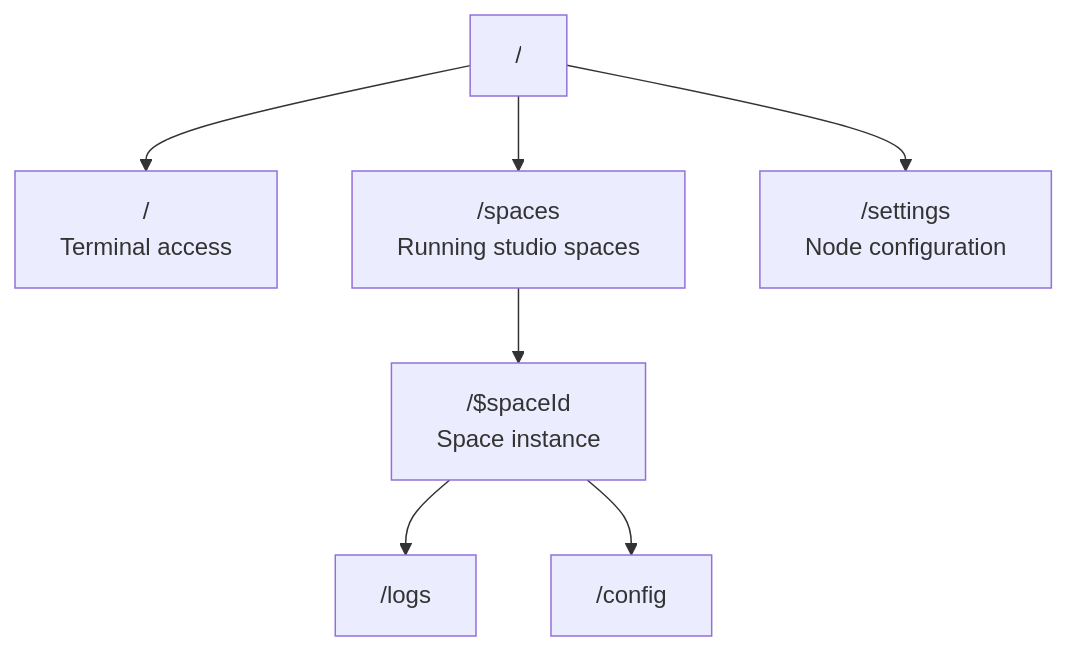
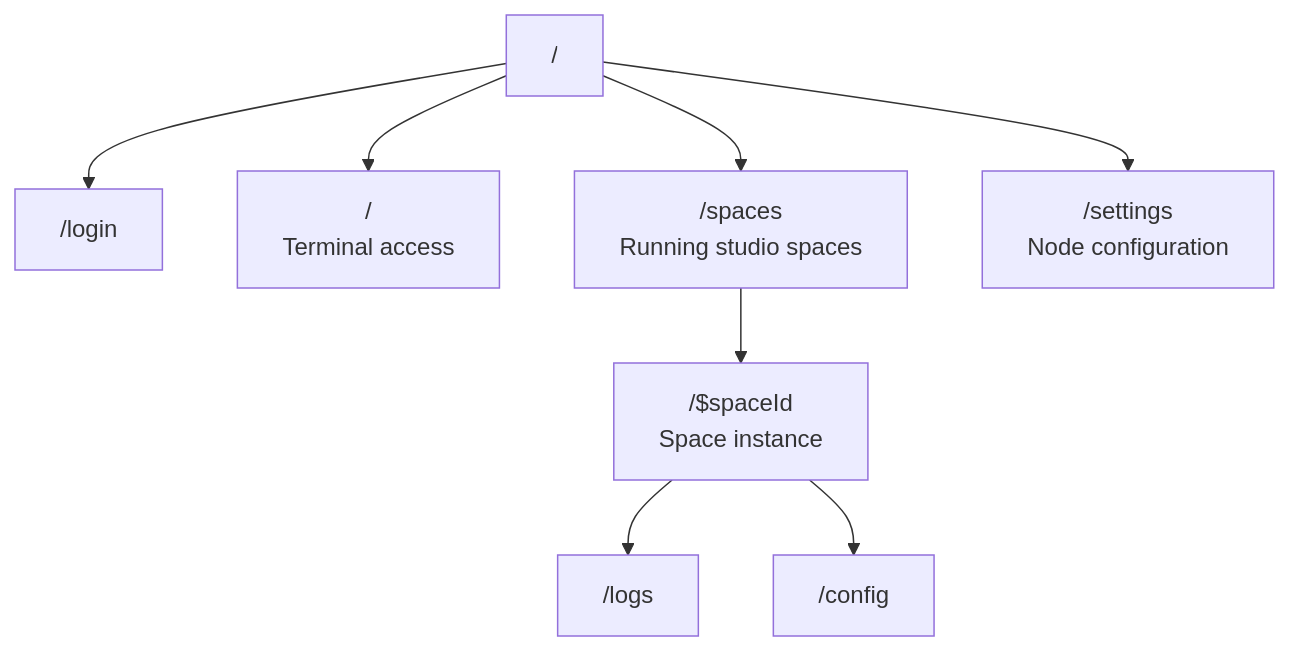
One commit to lmthing/lmthing changed the sixth of 12 diagrams in Architecture.md. Above: the diagram before and after it, drawn with Mermaid. The commit also changed 42 other files, not shown here.

````diff
--- a/Architecture.md
+++ b/Architecture.md
@@ -234,9 +234,10 @@
 ```mermaid
 graph TD
-    Root["/"] --> Terminal["/<br/>Terminal access"]
+    Root["/"] --> Login["/login"]
+    Root --> Terminal["/<br/>Terminal access"]
     Root --> Spaces["/spaces<br/>Running studio spaces"]
     Spaces --> Space["/$spaceId<br/>Space instance"]
     Space --> Logs["/logs"]
     Space --> Config["/config"]
     Root --> Settings["/settings<br/>Node configuration"]
 ```
````
